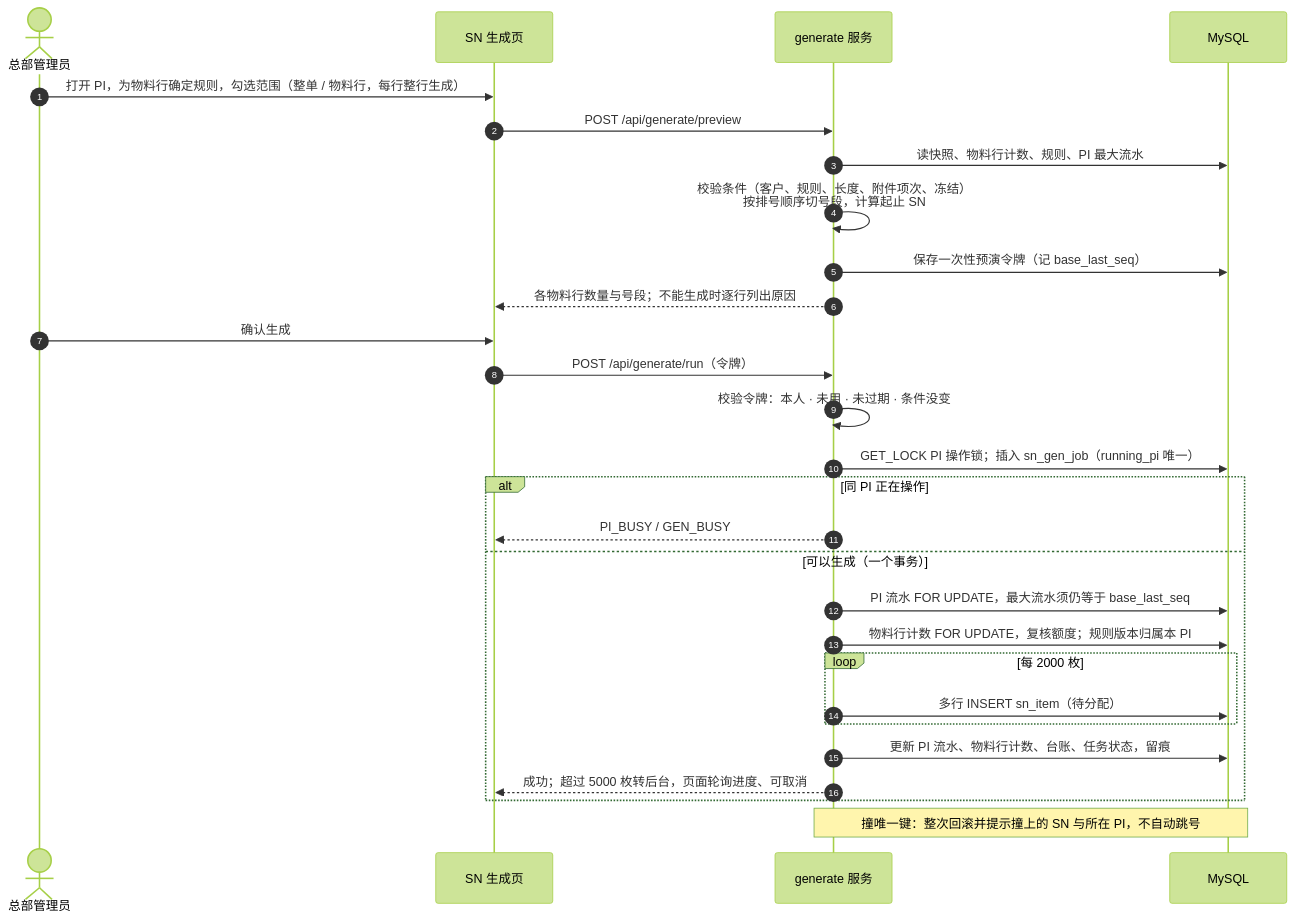
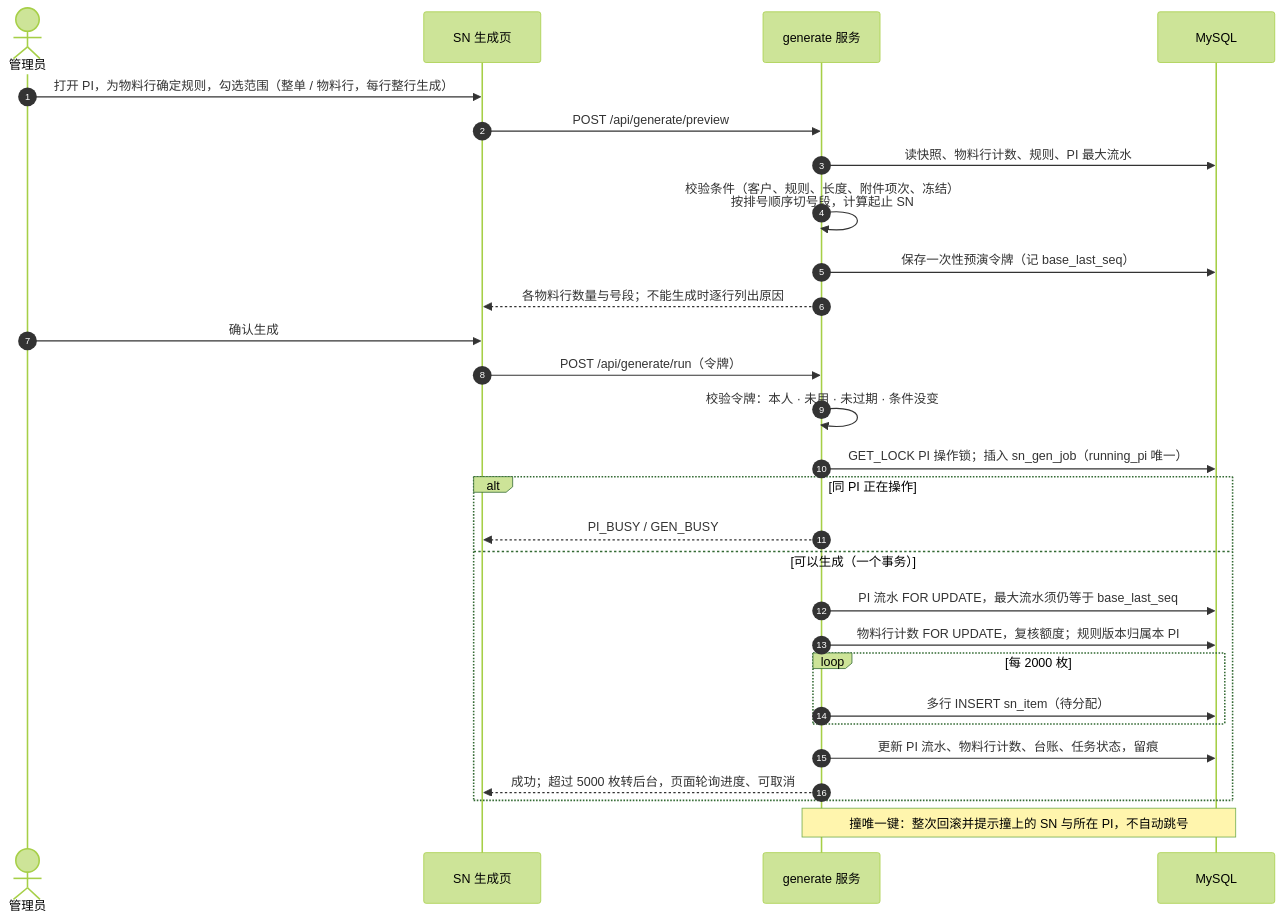
The diagram in docs/images/系统技术方案/fig3-1-generate-seq.mmd (Createsnow/sn-center), drawn with Mermaid (forest theme) before and after one commit. The commit also changed 36 other files, not shown here.

```diff
--- a/docs/images/系统技术方案/fig3-1-generate-seq.mmd
+++ b/docs/images/系统技术方案/fig3-1-generate-seq.mmd
@@ -1,28 +1,28 @@
 sequenceDiagram
   autonumber
-  actor A as 总部管理员
+  actor A as 管理员
   participant P as SN 生成页
   participant G as generate 服务
   participant D as MySQL
   A->>P: 打开 PI，为物料行确定规则，勾选范围（整单 / 物料行，每行整行生成）
   P->>G: POST /api/generate/preview
   G->>D: 读快照、物料行计数、规则、PI 最大流水
   G->>G: 校验条件（客户、规则、长度、附件项次、冻结）<br/>按排号顺序切号段，计算起止 SN
   G->>D: 保存一次性预演令牌（记 base_last_seq）
   G-->>P: 各物料行数量与号段；不能生成时逐行列出原因
   A->>P: 确认生成
   P->>G: POST /api/generate/run（令牌）
   G->>G: 校验令牌：本人 · 未用 · 未过期 · 条件没变
   G->>D: GET_LOCK PI 操作锁；插入 sn_gen_job（running_pi 唯一）
   alt 同 PI 正在操作
     G-->>P: PI_BUSY / GEN_BUSY
   else 可以生成（一个事务）
     G->>D: PI 流水 FOR UPDATE，最大流水须仍等于 base_last_seq
     G->>D: 物料行计数 FOR UPDATE，复核额度；规则版本归属本 PI
     loop 每 2000 枚
       G->>D: 多行 INSERT sn_item（待分配）
     end
     G->>D: 更新 PI 流水、物料行计数、台账、任务状态，留痕
     G-->>P: 成功；超过 5000 枚转后台，页面轮询进度、可取消
   end
   Note over G,D: 撞唯一键：整次回滚并提示撞上的 SN 与所在 PI，不自动跳号
```
